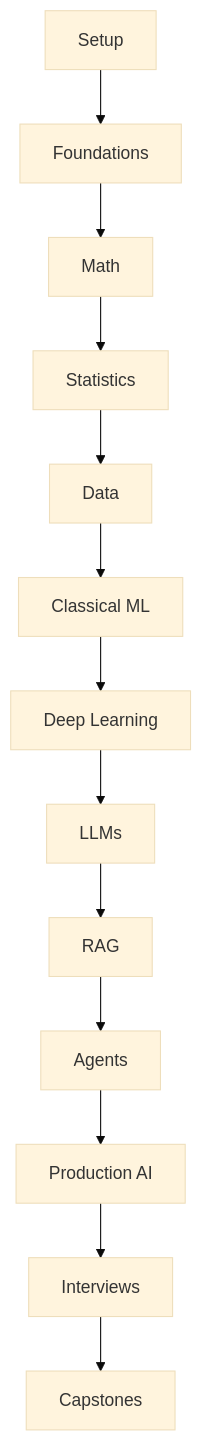
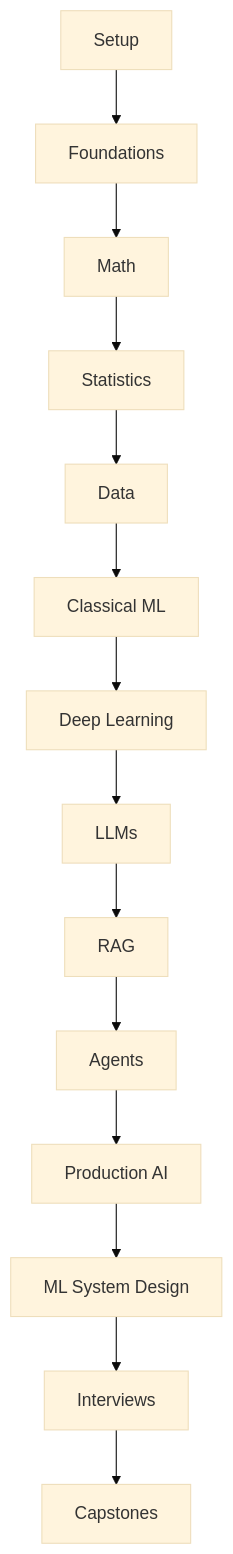
The diagram in ROADMAP.md (Icon1cc/Machine-Learning), drawn with Mermaid (base theme) before and after one commit. The commit also changed other lines of this file and 25 other files, not shown here.

````diff
--- a/ROADMAP.md
+++ b/ROADMAP.md
@@ -357,6 +374,7 @@
 ```mermaid
 flowchart TD
     P0[Setup] --> P1[Foundations] --> P2[Math] --> P3[Statistics] --> P4[Data]
     P4 --> P5[Classical ML] --> P8[Deep Learning] --> P14[LLMs]
-    P14 --> P17[RAG] --> P18[Agents] --> P19[Production AI] --> P20[Interviews] --> P21[Capstones]
+    P14 --> P17[RAG] --> P18[Agents] --> P19[Production AI]
+    P19 --> P20[ML System Design] --> P21[Interviews] --> P22[Capstones]
 ```
````
